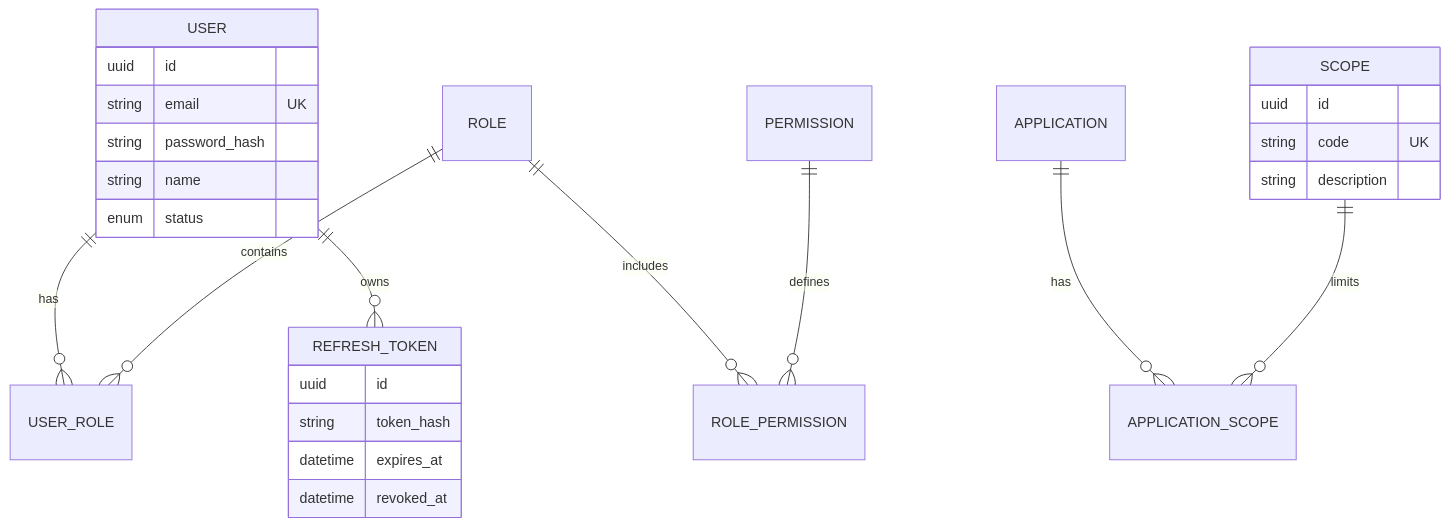
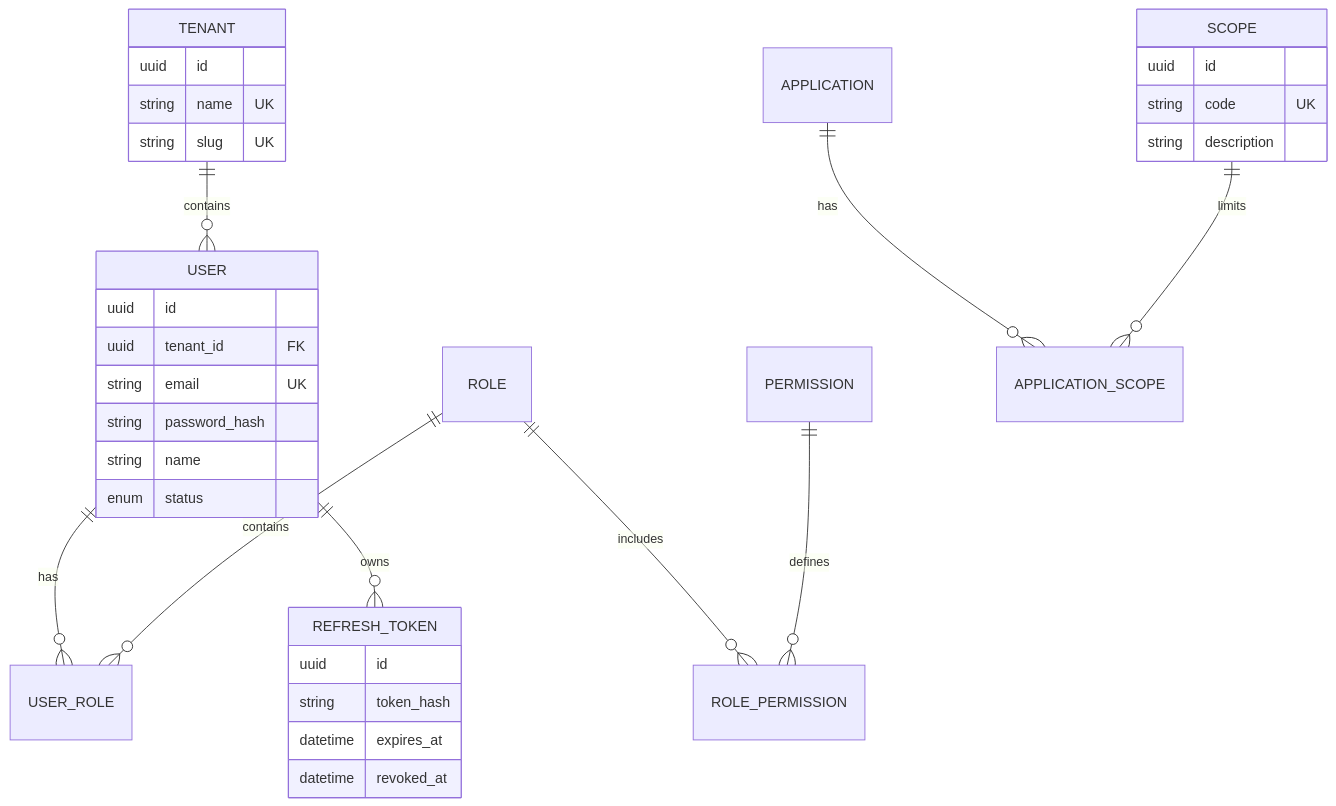
The diagram in PRD.md (GestaoProjetos2026/core-engine), drawn with Mermaid before and after one commit. The commit also changed other lines of this file and 3 other files, not shown here.

````diff
--- a/PRD.md
+++ b/PRD.md
@@ -386,31 +439,39 @@
 ```mermaid
 erDiagram
+    TENANT ||--o{ USER : contains
     USER ||--o{ USER_ROLE : has
     ROLE ||--o{ USER_ROLE : contains
     ROLE ||--o{ ROLE_PERMISSION : includes
     PERMISSION ||--o{ ROLE_PERMISSION : defines
     USER ||--o{ REFRESH_TOKEN : owns
     APPLICATION ||--o{ APPLICATION_SCOPE : has
     SCOPE ||--o{ APPLICATION_SCOPE : limits
 
+    TENANT {
+        uuid id
+        string name UK
+        string slug UK
+    }
+
     USER {
         uuid id
+        uuid tenant_id FK
         string email UK
         string password_hash
         string name
         enum status
     }
 
     REFRESH_TOKEN {
         uuid id
         string token_hash
         datetime expires_at
         datetime revoked_at
     }
 
     SCOPE {
         uuid id
         string code UK
         string description
     }
 ```
````
